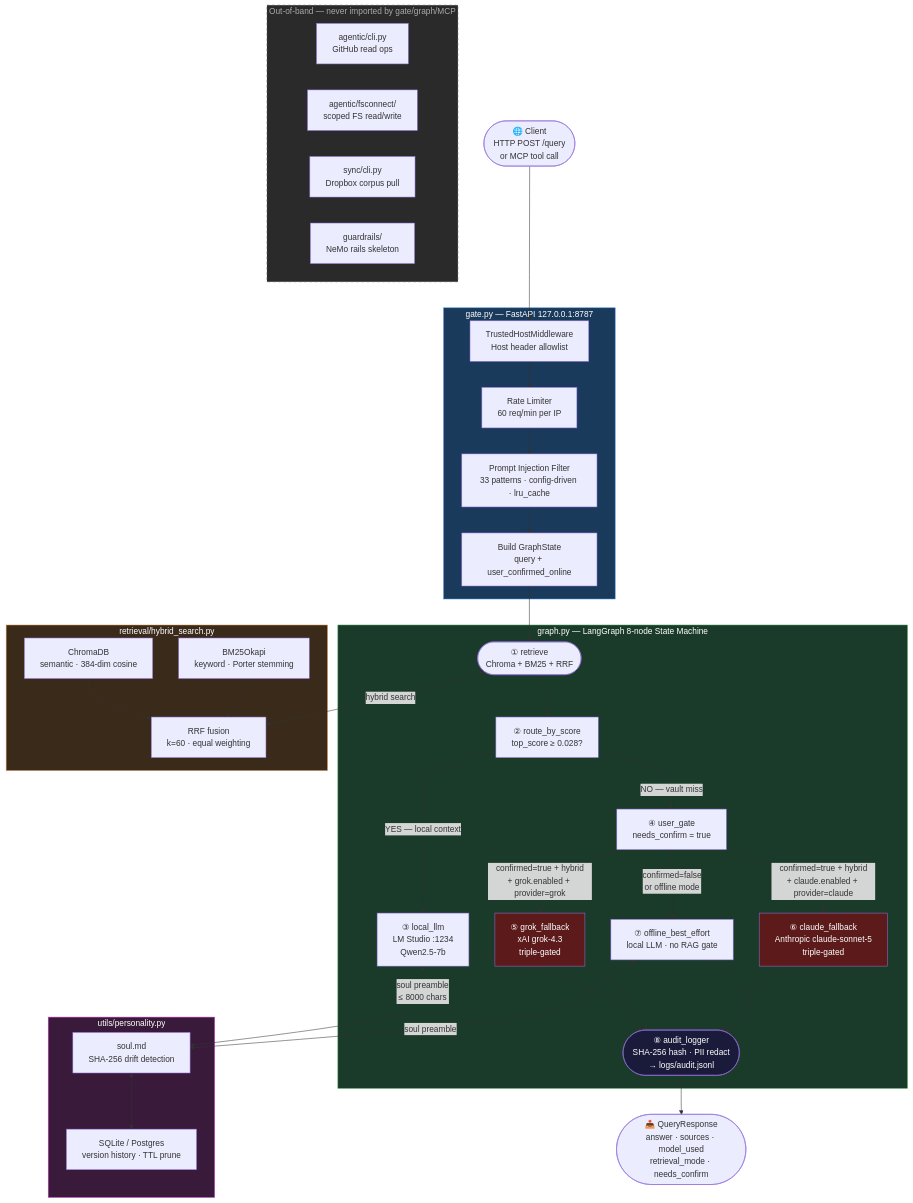
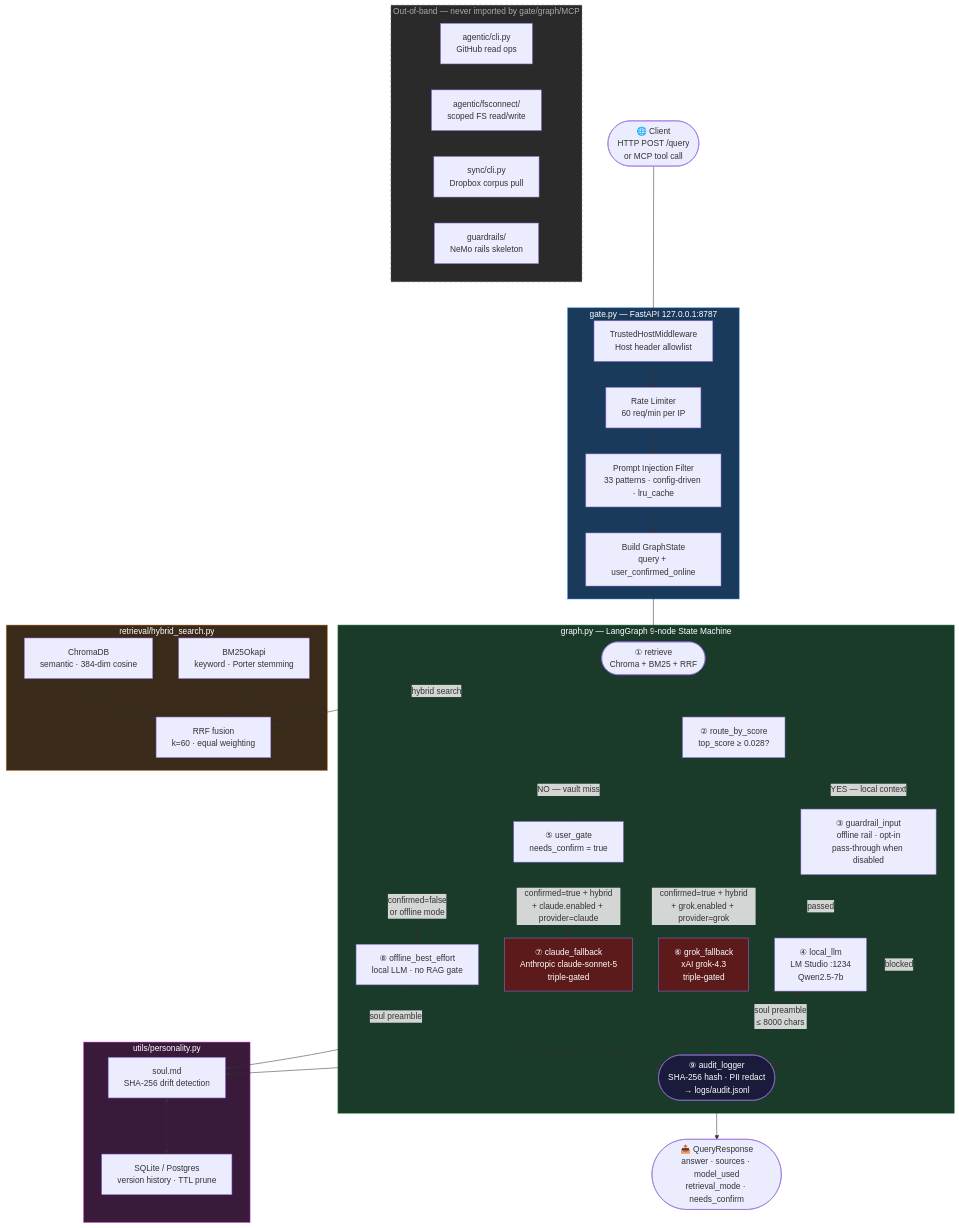
One commit to cgfixit/CyClaw changed the diagram in README.md. Above: the diagram before and after it, drawn with Mermaid. The commit also changed other lines of this file and 2 other files, not shown here.

First line of the commit message:
docs: reconcile CLAUDE.md/README.md with the Phase 2 guardrail_input node

````diff
--- a/README.md
+++ b/README.md
@@ -83,66 +87,68 @@
 ```mermaid
 flowchart TD
     A(["🌐 Client\nHTTP POST /query\nor MCP tool call"])
     A --> B
 
     subgraph GATEWAY ["gate.py — FastAPI 127.0.0.1:8787"]
         B["TrustedHostMiddleware\nHost header allowlist"]
         B --> C["Rate Limiter\n60 req/min per IP"]
         C --> D["Prompt Injection Filter\n33 patterns · config-driven · lru_cache"]
         D --> E["Build GraphState\nquery + user_confirmed_online"]
     end
 
     E --> F
 
-    subgraph GRAPH ["graph.py — LangGraph 8-node State Machine"]
+    subgraph GRAPH ["graph.py — LangGraph 9-node State Machine"]
         F(["① retrieve\nChroma + BM25 + RRF"])
         F --> G["② route_by_score\ntop_score ≥ 0.028?"]
-        G -->|"YES — local context"| H["③ local_llm\nLM Studio :1234\nQwen2.5-7b"]
-        G -->|"NO — vault miss"| I["④ user_gate\nneeds_confirm = true"]
-        I -->|"confirmed=true + hybrid\n+ grok.enabled + provider=grok"| J["⑤ grok_fallback\nxAI grok-4.3\ntriple-gated"]
-        I -->|"confirmed=true + hybrid\n+ claude.enabled + provider=claude"| W["⑥ claude_fallback\nAnthropic claude-sonnet-5\ntriple-gated"]
-        I -->|"confirmed=false\nor offline mode"| K["⑦ offline_best_effort\nlocal LLM · no RAG gate"]
+        G -->|"YES — local context"| X["③ guardrail_input\noffline rail · opt-in\npass-through when disabled"]
+        X -->|"blocked"| L
+        X -->|"passed"| H["④ local_llm\nLM Studio :1234\nQwen2.5-7b"]
+        G -->|"NO — vault miss"| I["⑤ user_gate\nneeds_confirm = true"]
+        I -->|"confirmed=true + hybrid\n+ grok.enabled + provider=grok"| J["⑥ grok_fallback\nxAI grok-4.3\ntriple-gated"]
+        I -->|"confirmed=true + hybrid\n+ claude.enabled + provider=claude"| W["⑦ claude_fallback\nAnthropic claude-sonnet-5\ntriple-gated"]
+        I -->|"confirmed=false\nor offline mode"| K["⑧ offline_best_effort\nlocal LLM · no RAG gate"]
         H --> L
         J --> L
         W --> L
         K --> L
-        L(["⑧ audit_logger\nSHA-256 hash · PII redact\n→ logs/audit.jsonl"])
+        L(["⑨ audit_logger\nSHA-256 hash · PII redact\n→ logs/audit.jsonl"])
     end
 
     L --> M(["📤 QueryResponse\nanswer · sources · model_used\nretrieval_mode · needs_confirm"])
 
     subgraph RETRIEVAL ["retrieval/hybrid_search.py"]
         N["ChromaDB\nsemantic · 384-dim cosine"]
         O["BM25Okapi\nkeyword · Porter stemming"]
         P["RRF fusion\nk=60 · equal weighting"]
         N --> P
         O --> P
     end
 
     F <-->|"hybrid search"| P
 
     subgraph SOUL ["utils/personality.py"]
         Q["soul.md\nSHA-256 drift detection"]
         R["SQLite / Postgres\nversion history · TTL prune"]
         Q <--> R
     end
 
     H <-->|"soul preamble\n≤ 8000 chars"| Q
     K <-->|"soul preamble"| Q
 
     subgraph OOB ["Out-of-band — never imported by gate/graph/MCP"]
         S["agentic/cli.py\nGitHub read ops"]
         T["agentic/fsconnect/\nscoped FS read/write"]
         U["sync/cli.py\nDropbox corpus pull"]
         V["guardrails/\nNeMo rails skeleton"]
     end
 
     style GATEWAY fill:#1a3a5c,color:#ffffff,stroke:#4a90d9
     style GRAPH fill:#1a3a2a,color:#ffffff,stroke:#4a9d5a
     style RETRIEVAL fill:#3a2a1a,color:#ffffff,stroke:#d9904a
     style SOUL fill:#3a1a3a,color:#ffffff,stroke:#d94ad9
     style OOB fill:#2a2a2a,color:#aaaaaa,stroke:#666666,stroke-dasharray:5 5
     style J fill:#5c1a1a,color:#ffffff
     style W fill:#5c1a1a,color:#ffffff
     style L fill:#1a1a3a,color:#ffffff
 ```
````
